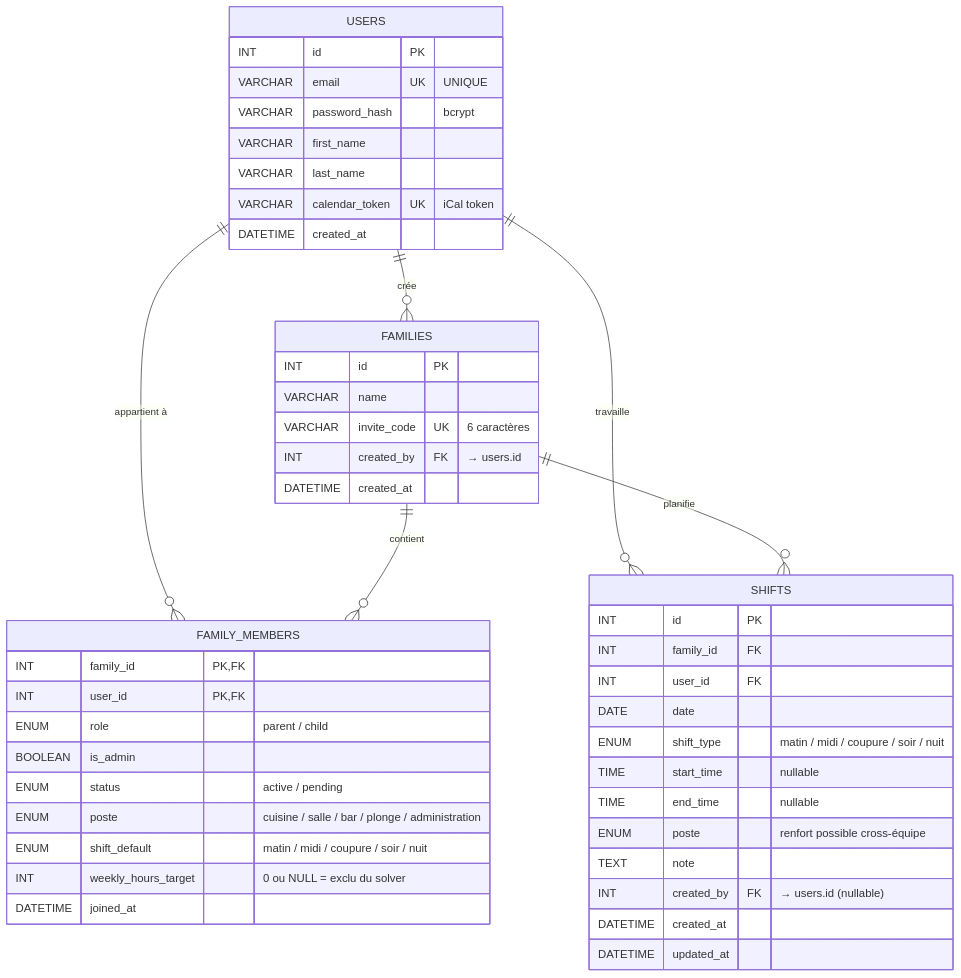
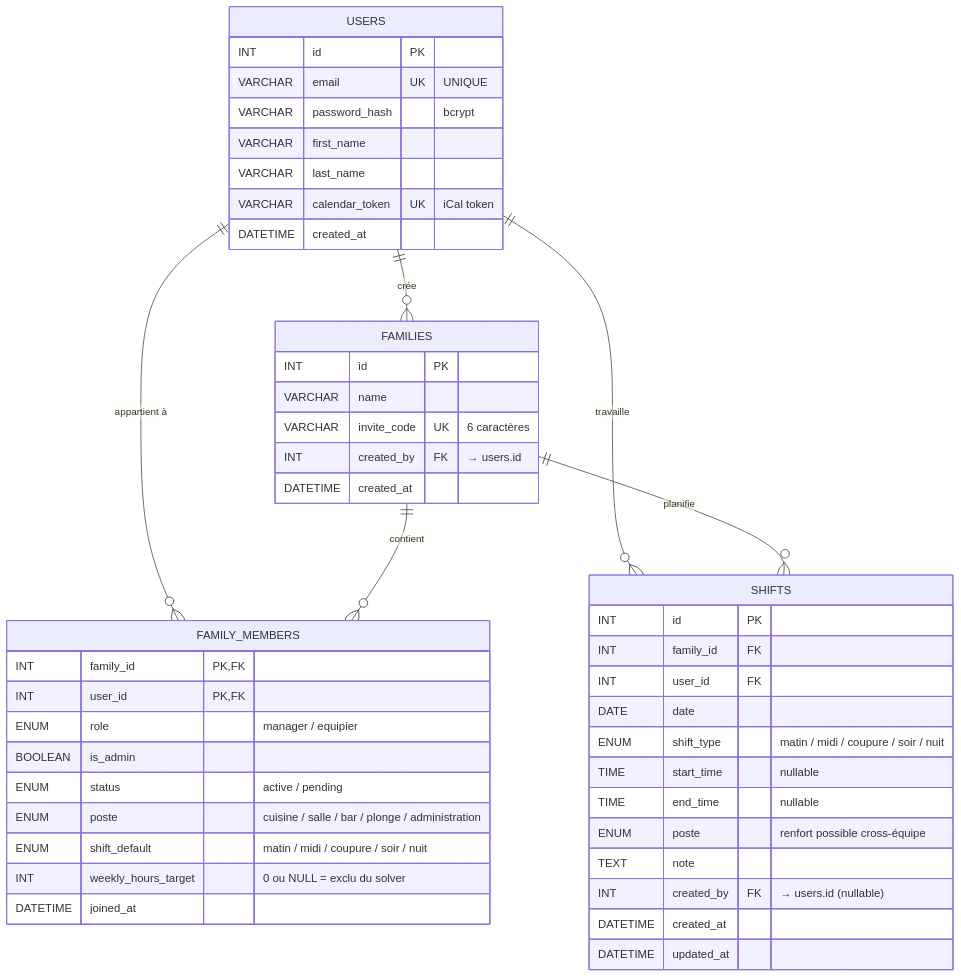
Before and after one commit to Vladimir08880888/rodzaevskiy-vladimir-dossiers-pros-DWWM: the diagram in dossier-projet/annexes/SCHEMA_BDD.md, drawn with Mermaid. The commit also changed other lines of this file and 57 other files, not shown here.

First line of the commit message:
Correction round: rôles manager/equipier, accessibilité clavier, cohérence référentiel + PDFs reconstruits

````diff
--- a/dossier-projet/annexes/SCHEMA_BDD.md
+++ b/dossier-projet/annexes/SCHEMA_BDD.md
@@ -8,53 +8,53 @@
 ```mermaid
 erDiagram
     USERS ||--o{ FAMILY_MEMBERS : "appartient à"
     USERS ||--o{ SHIFTS : "travaille"
     USERS ||--o{ FAMILIES : "crée"
     FAMILIES ||--o{ FAMILY_MEMBERS : "contient"
     FAMILIES ||--o{ SHIFTS : "planifie"
 
     USERS {
         INT id PK
         VARCHAR email UK "UNIQUE"
         VARCHAR password_hash "bcrypt"
         VARCHAR first_name
         VARCHAR last_name
         VARCHAR calendar_token UK "iCal token"
         DATETIME created_at
     }
 
     FAMILIES {
         INT id PK
         VARCHAR name
         VARCHAR invite_code UK "6 caractères"
         INT created_by FK "→ users.id"
         DATETIME created_at
     }
 
     FAMILY_MEMBERS {
         INT family_id PK,FK
         INT user_id PK,FK
-        ENUM role "parent / child"
+        ENUM role "manager / equipier"
         BOOLEAN is_admin
         ENUM status "active / pending"
         ENUM poste "cuisine / salle / bar / plonge / administration"
         ENUM shift_default "matin / midi / coupure / soir / nuit"
         INT weekly_hours_target "0 ou NULL = exclu du solver"
         DATETIME joined_at
     }
 
     SHIFTS {
         INT id PK
         INT family_id FK
         INT user_id FK
         DATE date
         ENUM shift_type "matin / midi / coupure / soir / nuit"
         TIME start_time "nullable"
         TIME end_time "nullable"
         ENUM poste "renfort possible cross-équipe"
         TEXT note
         INT created_by FK "→ users.id (nullable)"
         DATETIME created_at
         DATETIME updated_at
     }
 ```
````
